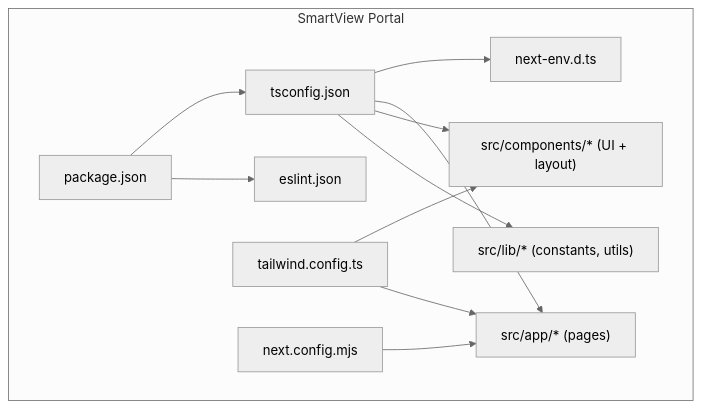
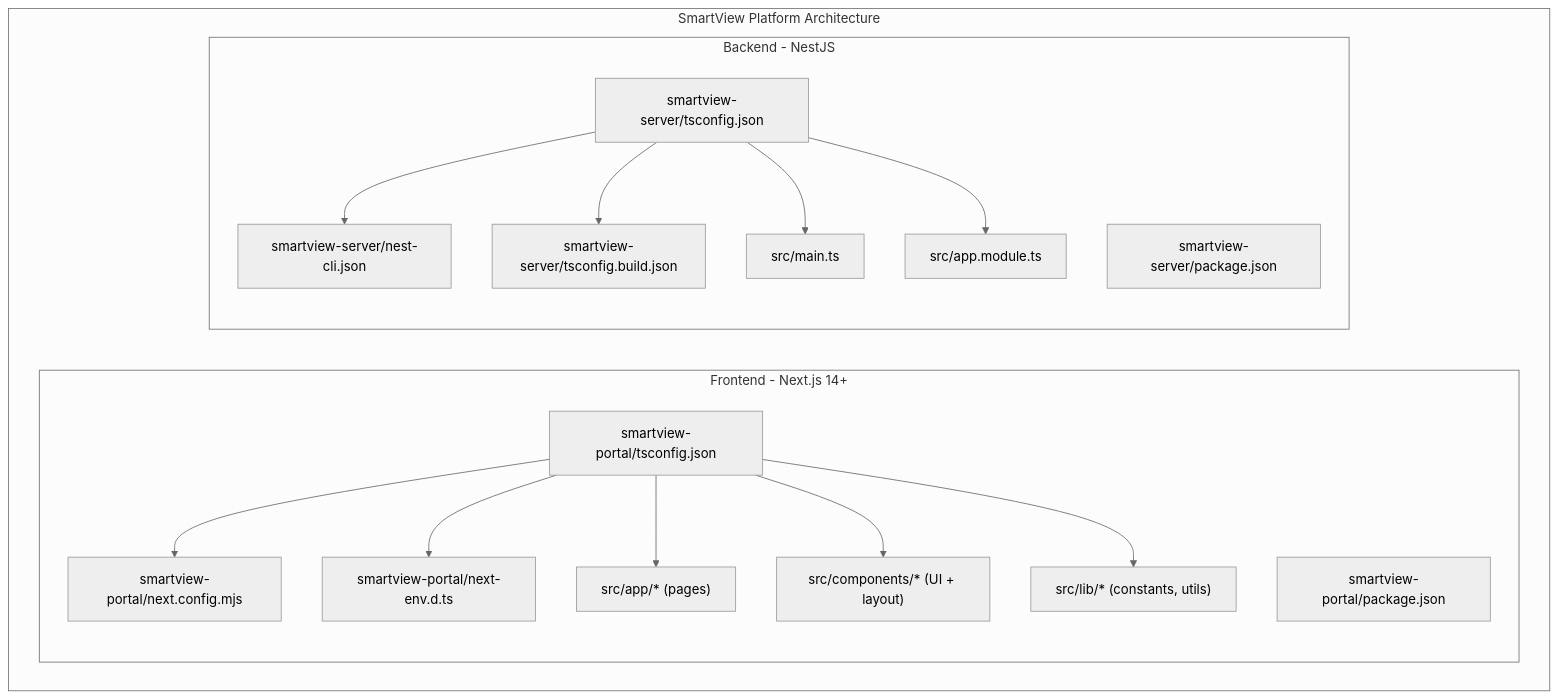
The first of 7 diagrams in .qoder/repowiki/en/content/TypeScript Configuration.md (Hoshino-wind/ai-interview-platform), drawn with Mermaid (neutral theme) before and after one commit. The commit also changed other lines of this file and 5 other files, not shown here.

````diff
--- a/.qoder/repowiki/en/content/TypeScript Configuration.md
+++ b/.qoder/repowiki/en/content/TypeScript Configuration.md
@@ -40,23 +55,31 @@
 ```mermaid
 graph TB
-subgraph "SmartView Portal"
-TS["tsconfig.json"]
-ENV["next-env.d.ts"]
-NEXT["next.config.mjs"]
-PKG["package.json"]
-TW["tailwind.config.ts"]
-ESL["eslint.json"]
-APP["src/app/* (pages)"]
-CMP["src/components/* (UI + layout)"]
-LIB["src/lib/* (constants, utils)"]
+subgraph "SmartView Platform Architecture"
+subgraph "Frontend - Next.js 14+"
+PORTAL_TS["smartview-portal/tsconfig.json"]
+PORTAL_PKG["smartview-portal/package.json"]
+PORTAL_NEXT["smartview-portal/next.config.mjs"]
+PORTAL_ENV["smartview-portal/next-env.d.ts"]
+PORTAL_APP["src/app/* (pages)"]
+PORTAL_CMP["src/components/* (UI + layout)"]
+PORTAL_LIB["src/lib/* (constants, utils)"]
 end
-PKG --> TS
-PKG --> ESL
-TS --> ENV
-TS --> APP
-TS --> CMP
-TS --> LIB
-TW --> CMP
-TW --> APP
-NEXT --> APP
+subgraph "Backend - NestJS"
+SERVER_TS["smartview-server/tsconfig.json"]
+SERVER_BUILD["smartview-server/tsconfig.build.json"]
+SERVER_CLI["smartview-server/nest-cli.json"]
+SERVER_PKG["smartview-server/package.json"]
+SERVER_MAIN["src/main.ts"]
+SERVER_MODULE["src/app.module.ts"]
+end
+PORTAL_TS --> PORTAL_NEXT
+PORTAL_TS --> PORTAL_ENV
+PORTAL_TS --> PORTAL_APP
+PORTAL_TS --> PORTAL_CMP
+PORTAL_TS --> PORTAL_LIB
+SERVER_TS --> SERVER_CLI
+SERVER_TS --> SERVER_BUILD
+SERVER_TS --> SERVER_MAIN
+SERVER_TS --> SERVER_MODULE
+end
 ```
````
